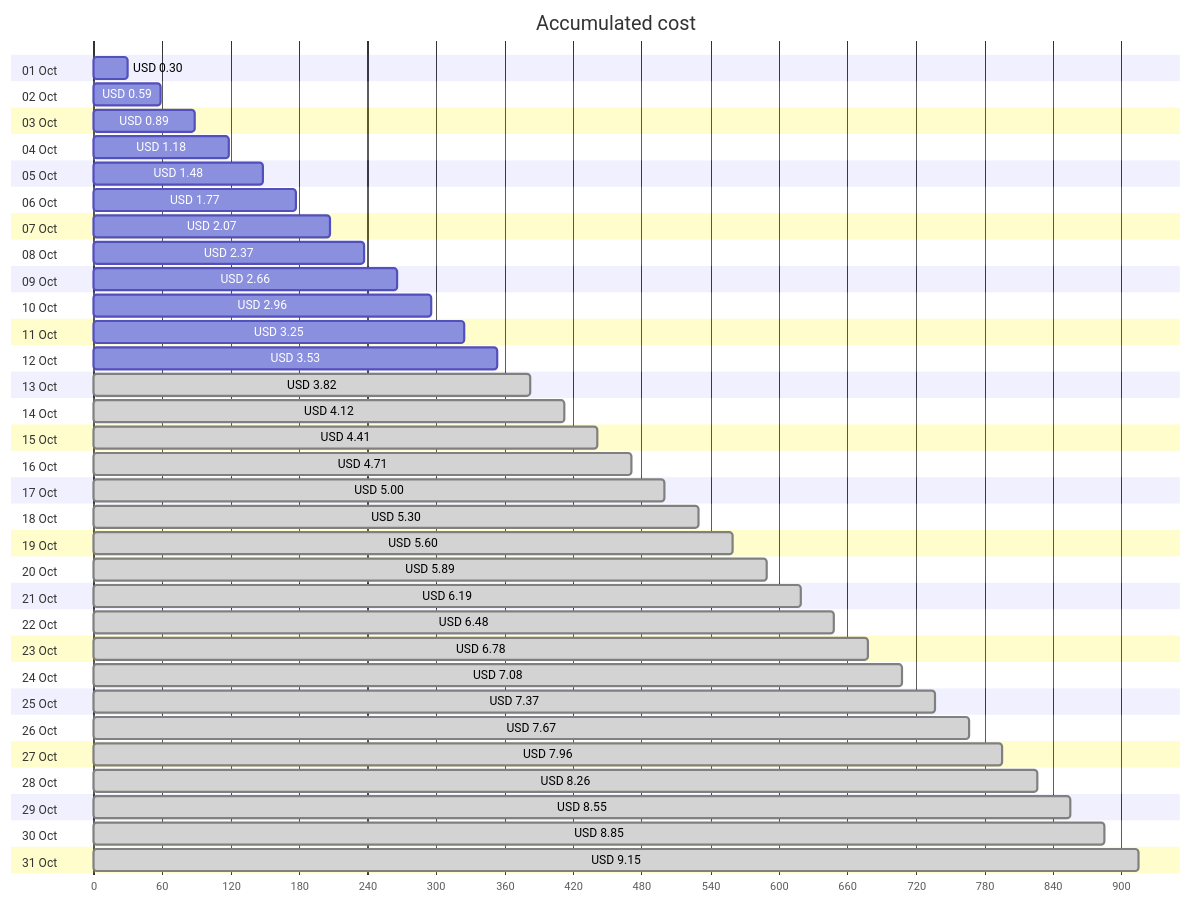
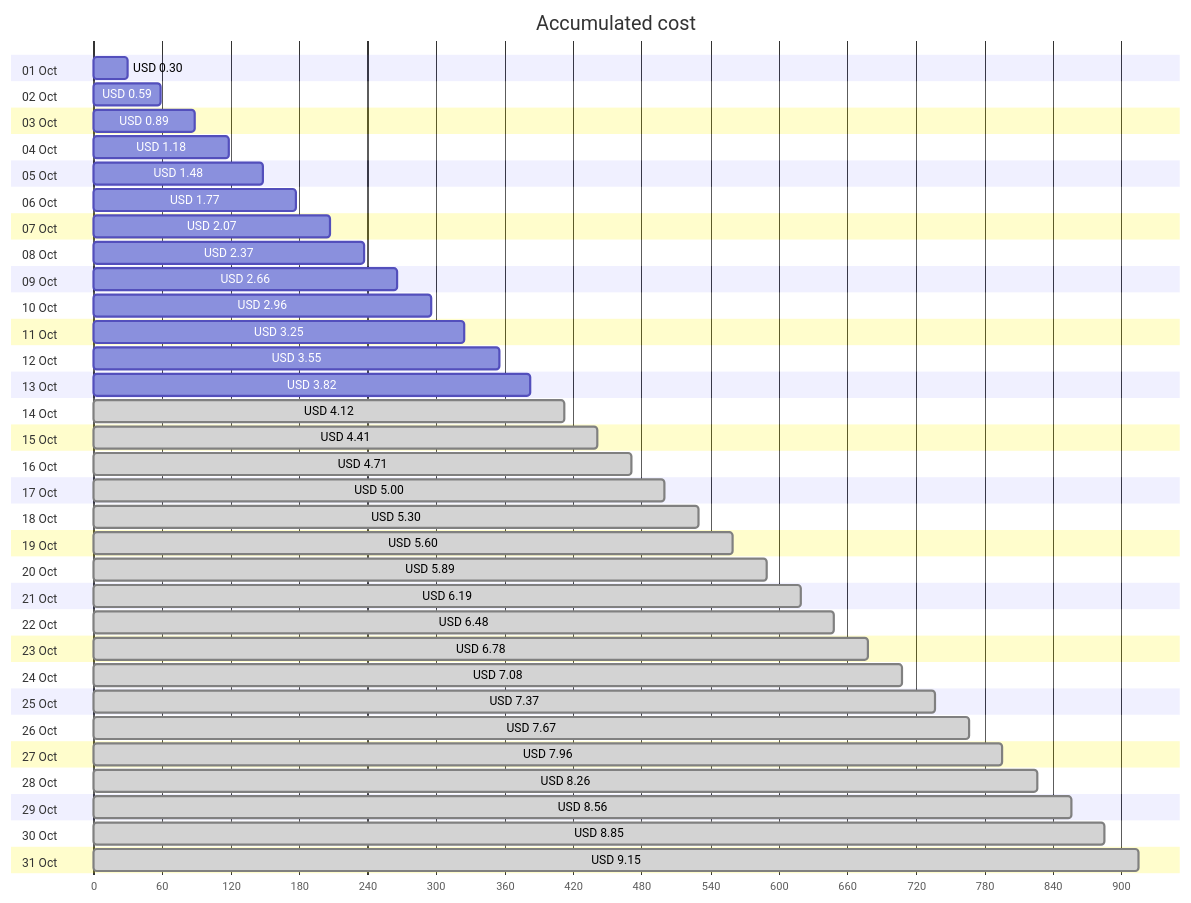
One commit to jpfulton/azure-personal-reports changed the first of 4 diagrams in cost-reports/personal-site/personal-site-preview.md. Above: the diagram before and after it, drawn with Mermaid. The commit also changed other lines of this file and 7 other files, not shown here.

````diff
--- a/cost-reports/personal-site/personal-site-preview.md
+++ b/cost-reports/personal-site/personal-site-preview.md
@@ -20,68 +20,68 @@
 ```mermaid
 gantt
    title Accumulated cost
    dateFormat  X
    axisFormat %s
    section 01 Oct
    USD 0.30 :0, 30
    section 02 Oct
    USD 0.59 :0, 59
    section 03 Oct
    USD 0.89 :0, 89
    section 04 Oct
    USD 1.18 :0, 118
    section 05 Oct
    USD 1.48 :0, 148
    section 06 Oct
    USD 1.77 :0, 177
    section 07 Oct
    USD 2.07 :0, 207
    section 08 Oct
    USD 2.37 :0, 237
    section 09 Oct
    USD 2.66 :0, 266
    section 10 Oct
    USD 2.96 :0, 296
    section 11 Oct
    USD 3.25 :0, 325
    section 12 Oct
-   USD 3.53 :0, 353
+   USD 3.55 :0, 355
    section 13 Oct
-   USD 3.82 : done, 0, 382
+   USD 3.82 :0, 382
    section 14 Oct
    USD 4.12 : done, 0, 412
    section 15 Oct
    USD 4.41 : done, 0, 441
    section 16 Oct
    USD 4.71 : done, 0, 471
    section 17 Oct
    USD 5.00 : done, 0, 500
    section 18 Oct
    USD 5.30 : done, 0, 530
    section 19 Oct
    USD 5.60 : done, 0, 560
    section 20 Oct
    USD 5.89 : done, 0, 589
    section 21 Oct
    USD 6.19 : done, 0, 619
    section 22 Oct
    USD 6.48 : done, 0, 648
    section 23 Oct
    USD 6.78 : done, 0, 678
    section 24 Oct
    USD 7.08 : done, 0, 708
    section 25 Oct
    USD 7.37 : done, 0, 737
    section 26 Oct
    USD 7.67 : done, 0, 767
    section 27 Oct
    USD 7.96 : done, 0, 796
    section 28 Oct
    USD 8.26 : done, 0, 826
    section 29 Oct
-   USD 8.55 : done, 0, 855
+   USD 8.56 : done, 0, 856
    section 30 Oct
    USD 8.85 : done, 0, 885
    section 31 Oct
    USD 9.15 : done, 0, 915
 ```
````
